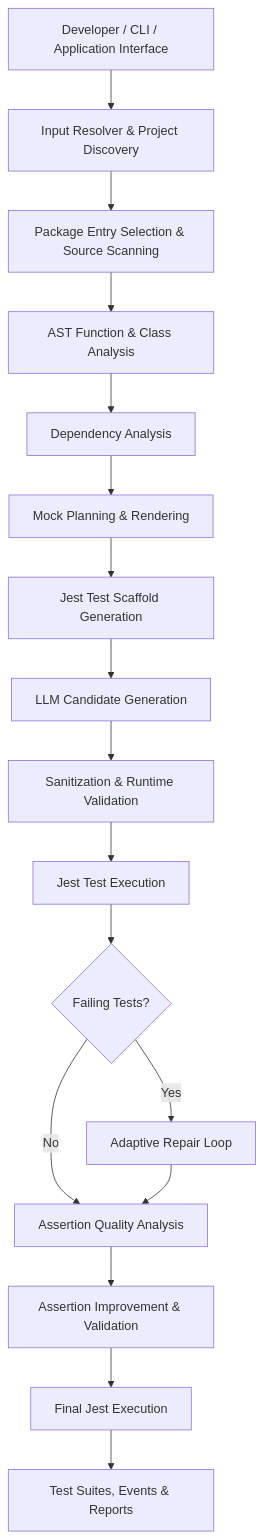
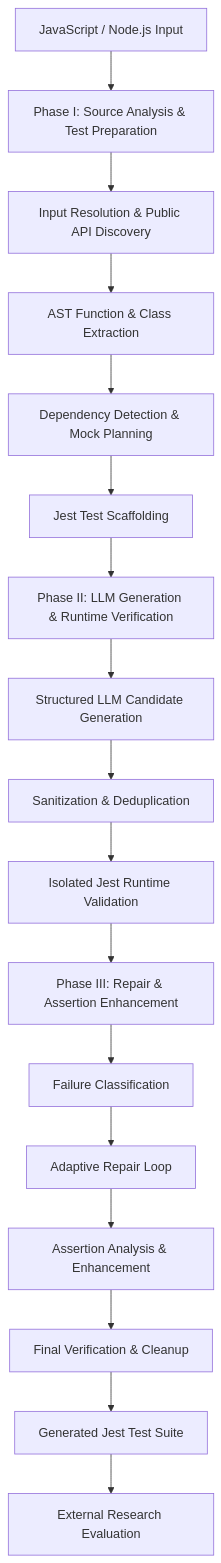
One commit to MdAbbas762/A-Unified-Framework-for-Verification-and-Improvement-of-LLM-based-Automated-Unit-Test-Generation changed the diagram in README.md. Above: the diagram before and after it, drawn with Mermaid. The commit also changed other lines of this file, not shown here.

````diff
--- a/README.md
+++ b/README.md
@@ -220,36 +254,37 @@
 ```mermaid
 flowchart TD
-    A["Developer / CLI / Application Interface"]
-    B["Input Resolver & Project Discovery"]
-    C["Package Entry Selection & Source Scanning"]
-    D["AST Function & Class Analysis"]
-    E["Dependency Analysis"]
-    F["Mock Planning & Rendering"]
-    G["Jest Test Scaffold Generation"]
-    H["LLM Candidate Generation"]
-    I["Sanitization & Runtime Validation"]
-    J["Jest Test Execution"]
-    K{"Failing Tests?"}
-    L["Adaptive Repair Loop"]
-    M["Assertion Quality Analysis"]
-    N["Assertion Improvement & Validation"]
-    O["Final Jest Execution"]
-    P["Test Suites, Events & Reports"]
+    A["JavaScript / Node.js Input"]
+    B["Phase I: Source Analysis & Test Preparation"]
+    C["Input Resolution & Public API Discovery"]
+    D["AST Function & Class Extraction"]
+    E["Dependency Detection & Mock Planning"]
+    F["Jest Test Scaffolding"]
+    G["Phase II: LLM Generation & Runtime Verification"]
+    H["Structured LLM Candidate Generation"]
+    I["Sanitization & Deduplication"]
+    J["Isolated Jest Runtime Validation"]
+    K["Phase III: Repair & Assertion Enhancement"]
+    L["Failure Classification"]
+    M["Adaptive Repair Loop"]
+    N["Assertion Analysis & Enhancement"]
+    O["Final Verification & Cleanup"]
+    P["Generated Jest Test Suite"]
+    Q["External Research Evaluation"]
 
     A --> B
     B --> C
     C --> D
     D --> E
     E --> F
     F --> G
     G --> H
     H --> I
     I --> J
     J --> K
-    K -->|Yes| L
-    K -->|No| M
+    K --> L
     L --> M
     M --> N
     N --> O
     O --> P
+    P --> Q
 ```
````
